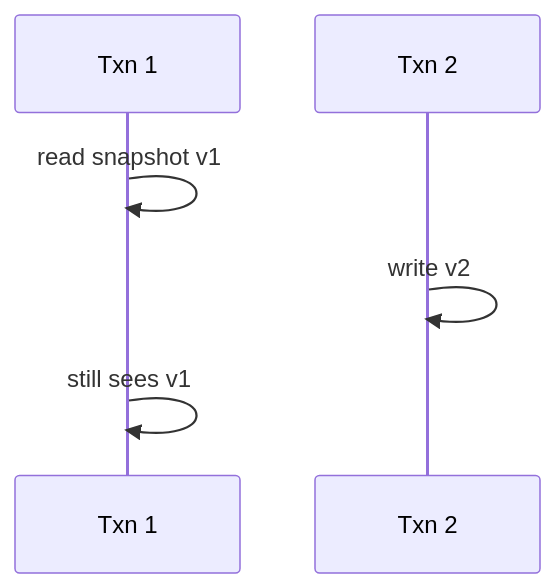
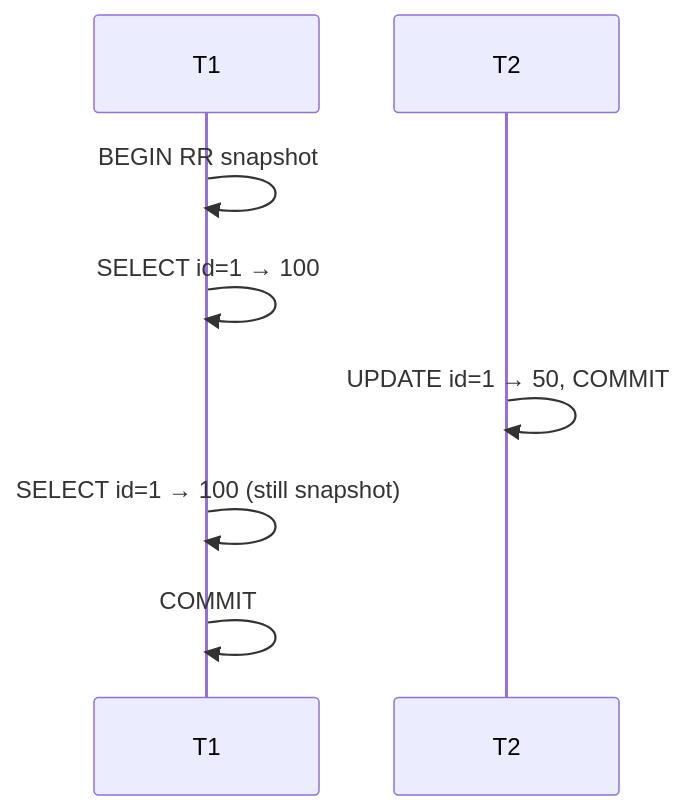
One commit to hareramcse/SystemDesign changed the eighth of 21 diagrams in 02-databases/README.md. Above: the diagram before and after it, drawn with Mermaid. The commit also changed other lines of this file and 14 other files, not shown here.

````diff
--- a/02-databases/README.md
+++ b/02-databases/README.md
@@ -456,8 +614,10 @@
 ```mermaid
 sequenceDiagram
-    participant T1 as Txn 1
-    participant T2 as Txn 2
-    T1->>T1: read snapshot v1
-    T2->>T2: write v2
-    T1->>T1: still sees v1
+    participant T1
+    participant T2
+    T1->>T1: BEGIN RR snapshot
+    T1->>T1: SELECT id=1 → 100
+    T2->>T2: UPDATE id=1 → 50, COMMIT
+    T1->>T1: SELECT id=1 → 100 (still snapshot)
+    T1->>T1: COMMIT
 ```
````
